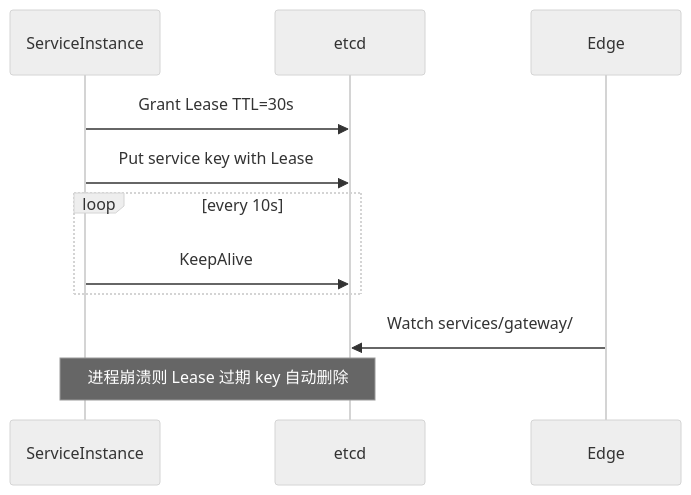
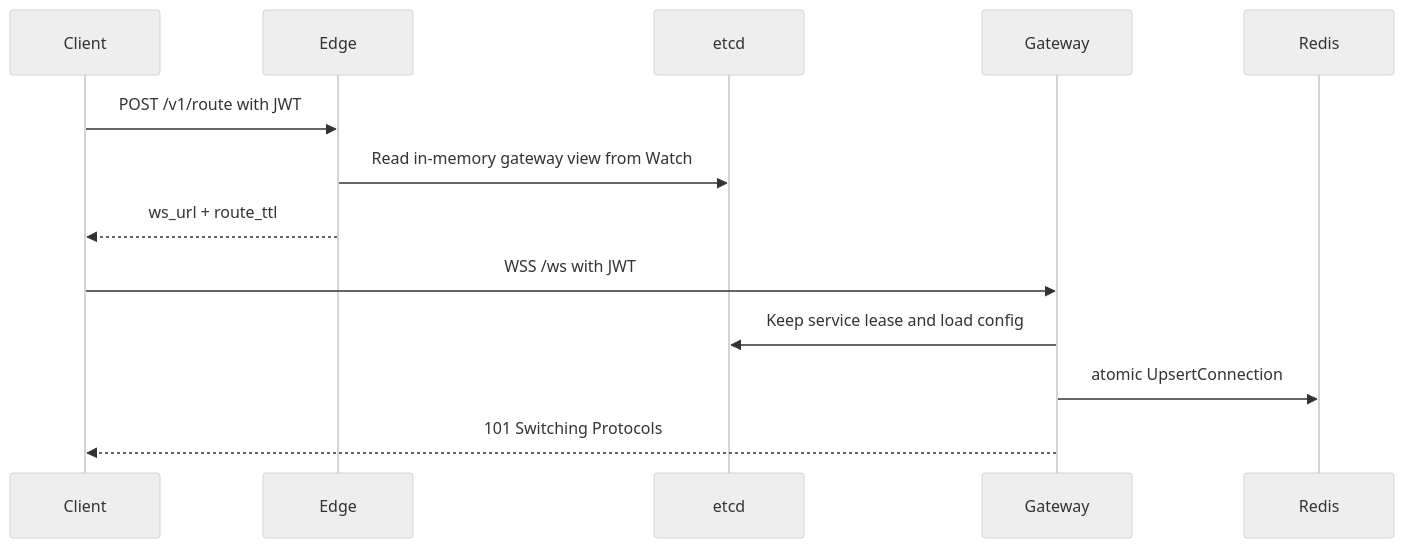
Before and after one commit to HappyLadySauce/Beehive-IM: the second of 5 diagrams in docs/infrastructure/infrastructure.md, drawn with Mermaid (neutral theme). The commit also changed other lines of this file and 3 other files, not shown here.

````diff
--- a/docs/infrastructure/infrastructure.md
+++ b/docs/infrastructure/infrastructure.md
@@ -216,14 +151,16 @@
 ```mermaid
 sequenceDiagram
-    participant S as ServiceInstance
-    participant E as etcd
-    participant C as Edge
+    participant C as Client
+    participant E as Edge
+    participant ET as etcd
+    participant G as Gateway
+    participant R as Redis
 
-    S->>E: Grant Lease TTL=30s
-    S->>E: Put service key with Lease
-    loop every 10s
-        S->>E: KeepAlive
-    end
-    C->>E: Watch services/gateway/
-    Note over S,E: 进程崩溃则 Lease 过期 key 自动删除
+    C->>E: POST /v1/route with JWT
+    E->>ET: Read in-memory gateway view from Watch
+    E-->>C: ws_url + route_ttl
+    C->>G: WSS /ws with JWT
+    G->>ET: Keep service lease and load config
+    G->>R: atomic UpsertConnection
+    G-->>C: 101 Switching Protocols
 ```
````
